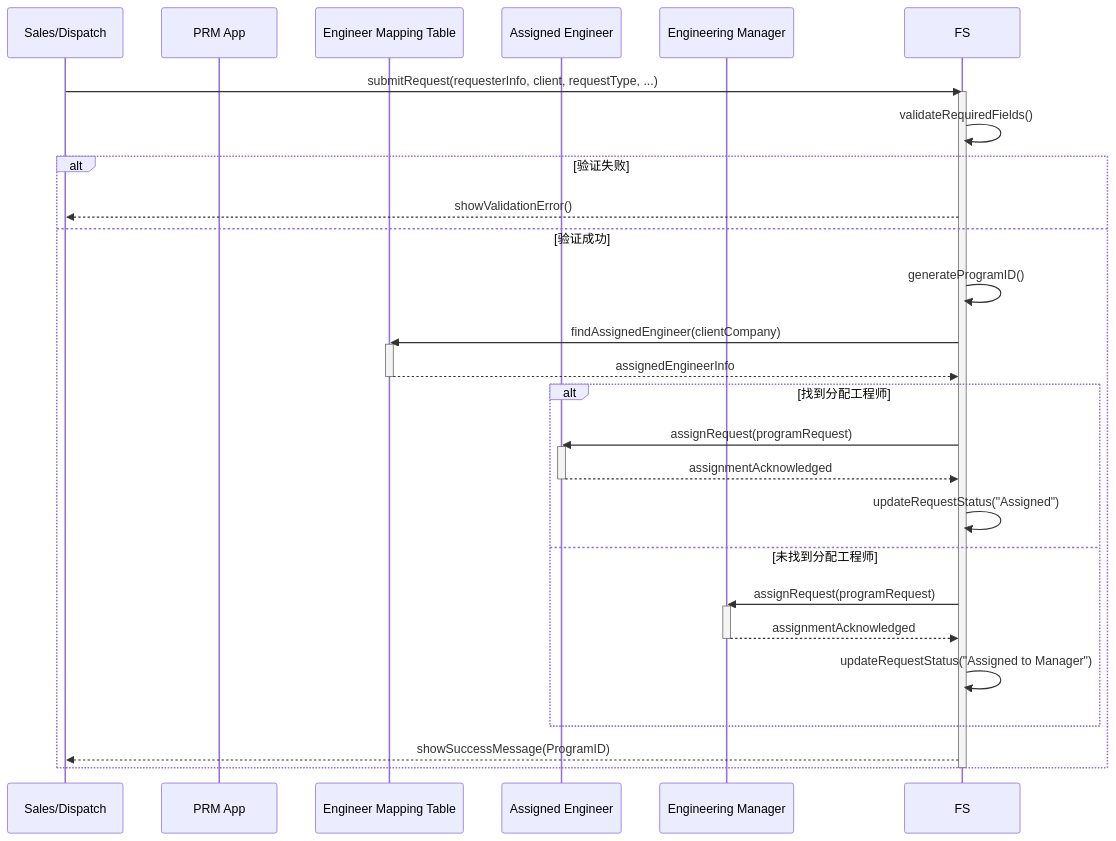
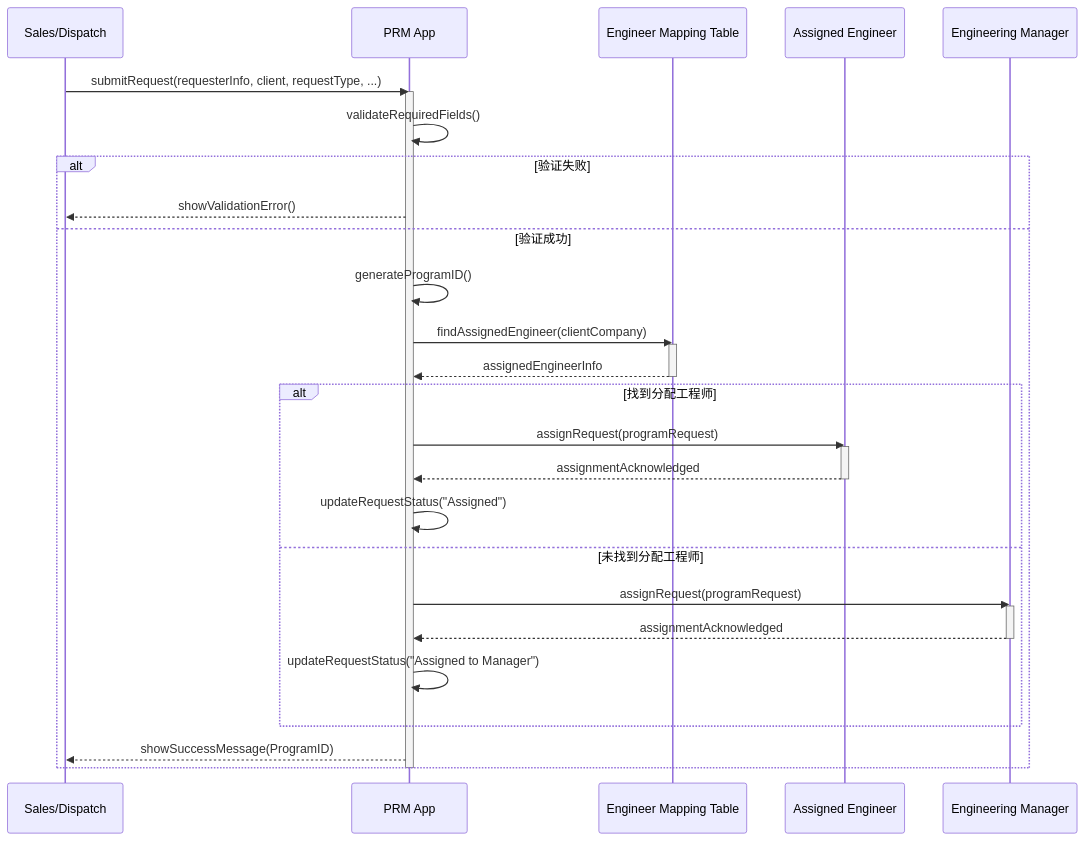
One commit to Sanjel-Energy-Services/eService_WorkItems changed the second of 4 diagrams in Documents/01 - Cementing Service Invitation/03 - Request Job Design/Artifacts/Analysis/02-Design/001-需求规格说明书.md. Above: the diagram before and after it, drawn with Mermaid. The commit also changed other lines of this file and 10 other files, not shown here.

````diff
--- a/Documents/01 - Cementing Service Invitation/03 - Request Job Design/Artifacts/Analysis/02-Design/001-需求规格说明书.md
+++ b/Documents/01 - Cementing Service Invitation/03 - Request Job Design/Artifacts/Analysis/02-Design/001-需求规格说明书.md
@@ -75,38 +87,38 @@
 ```mermaid
 sequenceDiagram
     participant S as Sales/Dispatch
     participant SYS as PRM App
     participant EM as Engineer Mapping Table
     participant E as Assigned Engineer
     participant M as Engineering Manager
 
-    S->>FS: submitRequest(requesterInfo, client, requestType, ...)
-    activate FS
-    FS->>FS: validateRequiredFields()
+    S->>SYS: submitRequest(requesterInfo, client, requestType, ...)
+    activate SYS
+    SYS->>SYS: validateRequiredFields()
     alt 验证失败
-        FS-->>S: showValidationError()
+        SYS-->>S: showValidationError()
     else 验证成功
-        FS->>FS: generateProgramID()
-        FS->>EM: findAssignedEngineer(clientCompany)
+        SYS->>SYS: generateProgramID()
+        SYS->>EM: findAssignedEngineer(clientCompany)
         activate EM
-        EM-->>FS: assignedEngineerInfo
+        EM-->>SYS: assignedEngineerInfo
         deactivate EM
 
         alt 找到分配工程师
-            FS->>E: assignRequest(programRequest)
+            SYS->>E: assignRequest(programRequest)
             activate E
-            E-->>FS: assignmentAcknowledged
+            E-->>SYS: assignmentAcknowledged
             deactivate E
-            FS->>FS: updateRequestStatus("Assigned")
+            SYS->>SYS: updateRequestStatus("Assigned")
         else 未找到分配工程师
-            FS->>M: assignRequest(programRequest)
+            SYS->>M: assignRequest(programRequest)
             activate M
-            M-->>FS: assignmentAcknowledged
+            M-->>SYS: assignmentAcknowledged
             deactivate M
-            FS->>FS: updateRequestStatus("Assigned to Manager")
+            SYS->>SYS: updateRequestStatus("Assigned to Manager")
         end
 
-        FS-->>S: showSuccessMessage(ProgramID)
+        SYS-->>S: showSuccessMessage(ProgramID)
     end
-    deactivate FS
+    deactivate SYS
 ```
````
